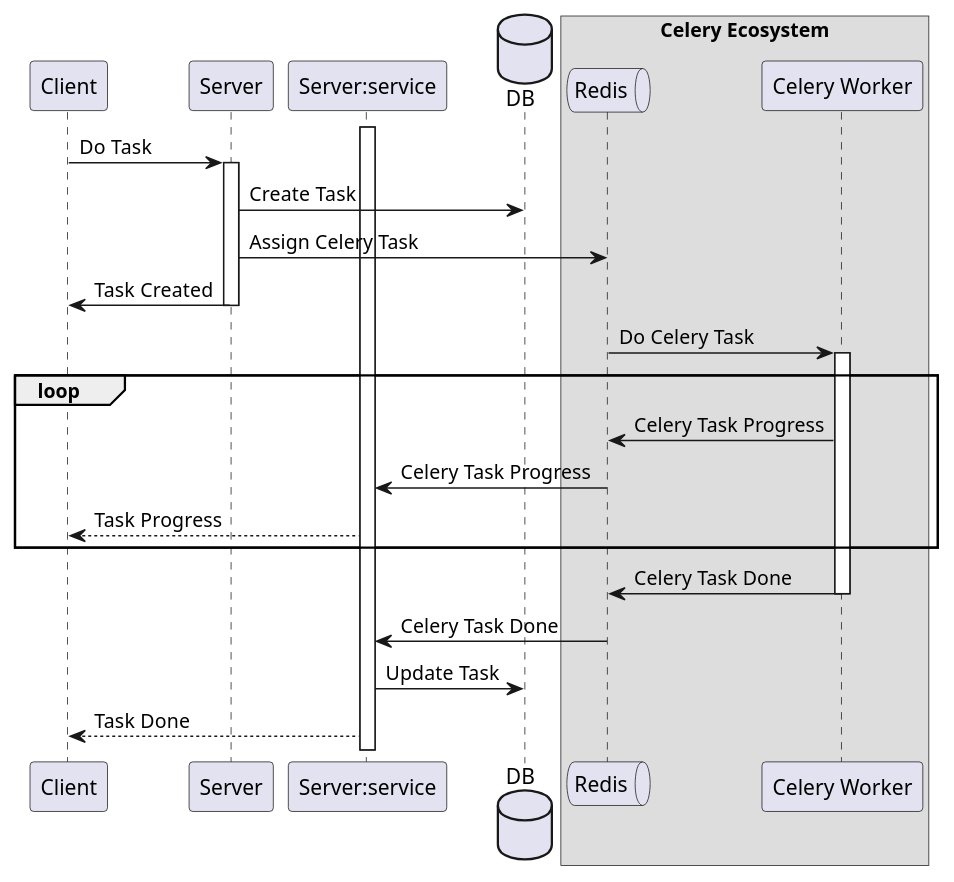
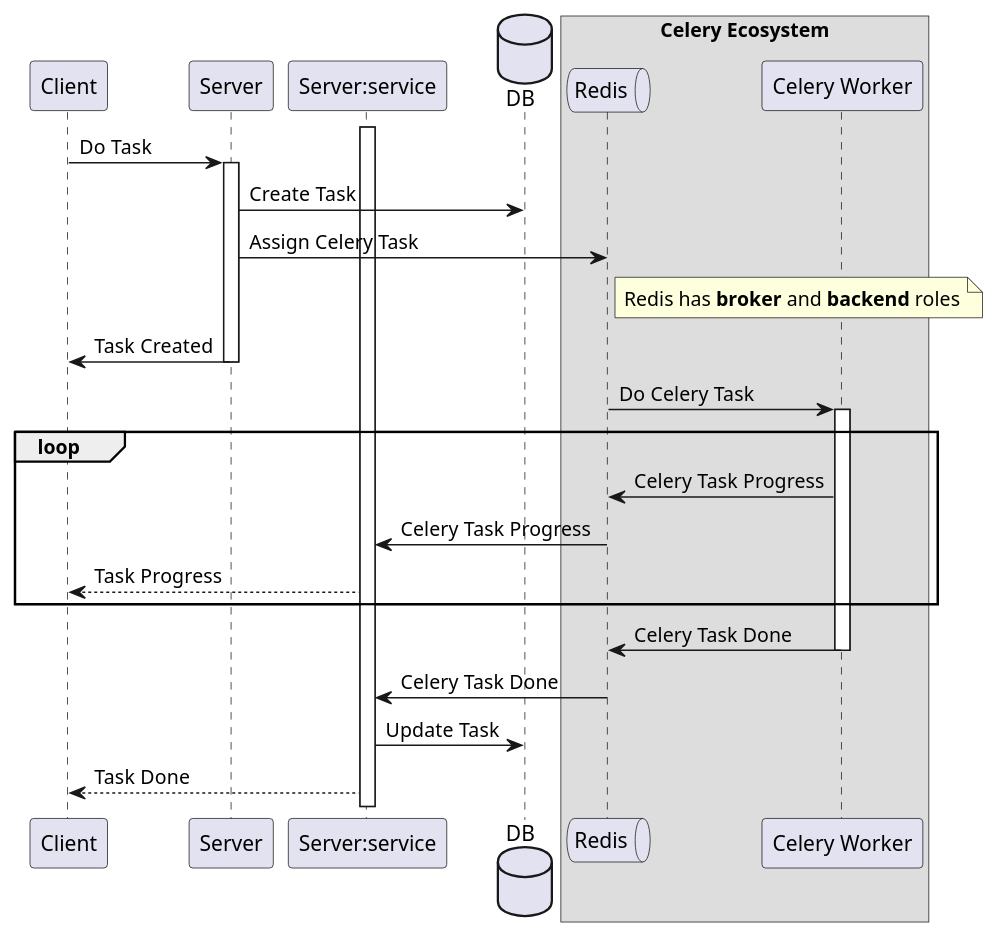
One commit to roquernemonia/Celery_postgresql_Fastapi changed the diagram in workflow.puml. Above: the diagram before and after it, drawn with PlantUML. The commit also changed 7 other files, not shown here.

```diff
--- a/workflow.puml
+++ b/workflow.puml
@@ -1,39 +1,42 @@
 @startuml Complete Services
 
 participant Client
 participant "Server" as Server
 participant "Server:service" as ServerS
 database DB
 box "Celery Ecosystem"
 queue Redis
 participant "Celery Worker" as Worker
 end box
 
 activate ServerS
 
 Client -> Server: Do Task
 activate Server
 
 Server -> DB: Create Task
 Server -> Redis: Assign Celery Task
+note right of Redis
+    Redis has **broker** and **backend** roles
+end note
 
 Server -> Client: Task Created
 deactivate Server
 
 Worker <- Redis: Do Celery Task
 activate Worker
 
 loop
     Worker -> Redis: Celery Task Progress
     ServerS <- Redis: Celery Task Progress
     ServerS --> Client: Task Progress
 end loop
 Worker -> Redis: Celery Task Done
 deactivate Worker
 
 ServerS <- Redis: Celery Task Done
 ServerS -> DB: Update Task
 ServerS --> Client: Task Done
 
 
 @enduml
```
